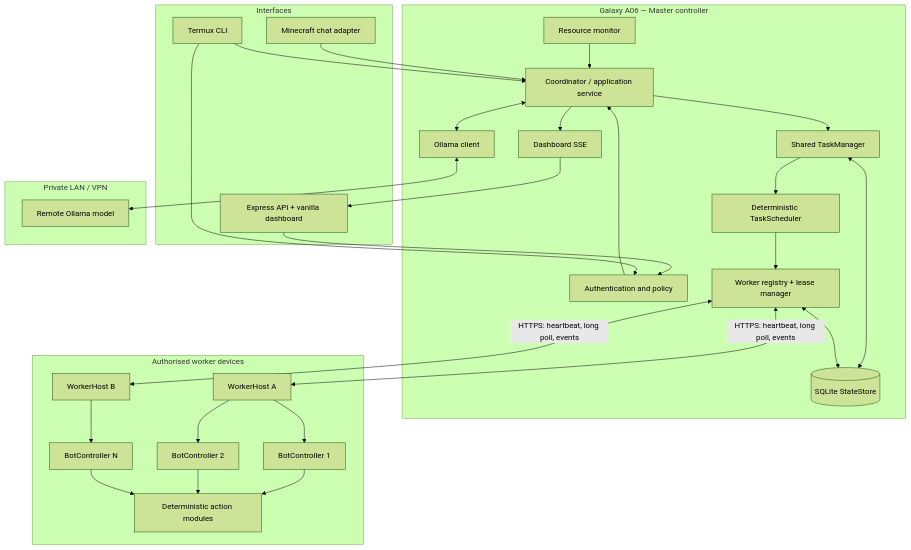
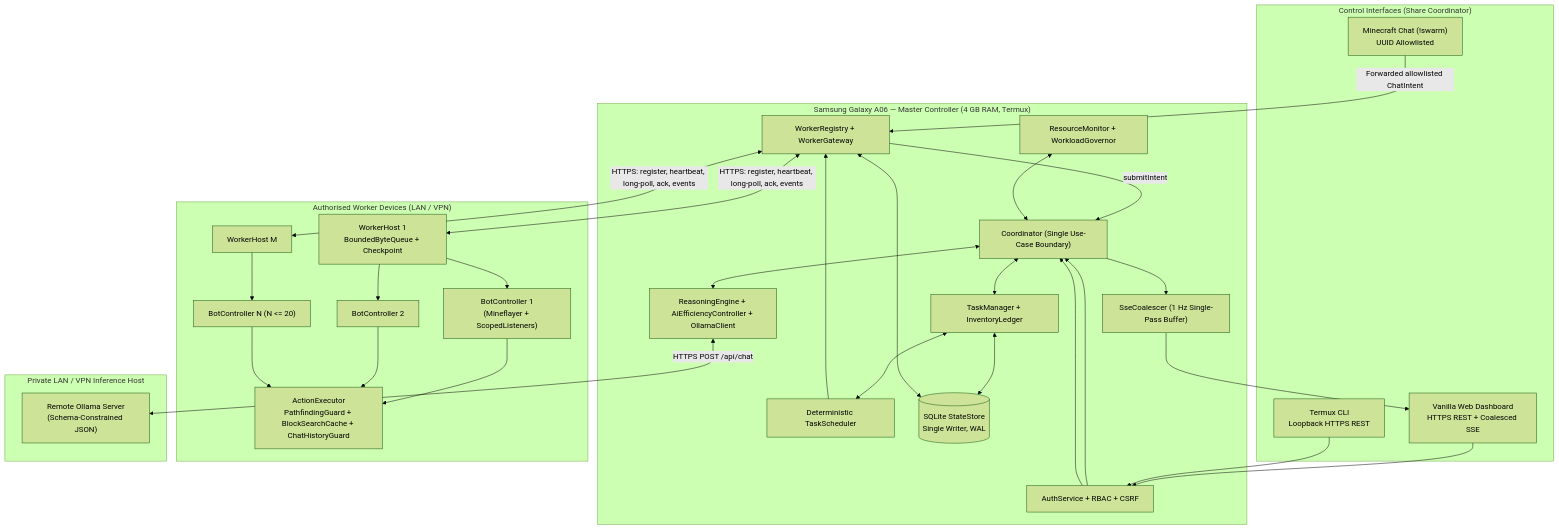
One commit to fallendrake0-droid/NEXUS-20 changed the first of 2 diagrams in docs/spec/ARCHITECTURE.md. Above: the diagram before and after it, drawn with Mermaid (forest theme). The commit also changed other lines of this file and 9 other files, not shown here.

```diff
--- a/docs/spec/ARCHITECTURE.md
+++ b/docs/spec/ARCHITECTURE.md
@@ -10,54 +23,57 @@
 ~~~mermaid
 flowchart TB
-  subgraph Interfaces
-    CHAT[Minecraft chat adapter]
-    WEB[Express API + vanilla dashboard]
-    CLI[Termux CLI]
+  subgraph Ingress["Control Interfaces (Share Coordinator)"]
+    CHAT["Minecraft Chat (!swarm)<br/>UUID Allowlisted"]
+    WEB["Vanilla Web Dashboard<br/>HTTPS REST + Coalesced SSE"]
+    CLI["Termux CLI<br/>Loopback HTTPS REST"]
   end
 
-  subgraph PHONE[Galaxy A06 — Master controller]
-    AUTH[Authentication and policy]
-    COORD[Coordinator / application service]
-    TASK[Shared TaskManager]
-    SCHED[Deterministic TaskScheduler]
-    REG[Worker registry + lease manager]
-    STORE[(SQLite StateStore)]
-    MON[Resource monitor]
-    SSE[Dashboard SSE]
-    OCLIENT[Ollama client]
+  subgraph Phone["Samsung Galaxy A06 — Master Controller (4 GB RAM, Termux)"]
+    AUTH["AuthService + RBAC + CSRF"]
+    COORD["Coordinator (Single Use-Case Boundary)"]
+    GOV["ResourceMonitor + WorkloadGovernor"]
+    AI["ReasoningEngine + AiEfficiencyController + OllamaClient"]
+    TM["TaskManager + InventoryLedger"]
+    SCHED["Deterministic TaskScheduler"]
+    WG["WorkerRegistry + WorkerGateway"]
+    SSE["SseCoalescer (1 Hz Single-Pass Buffer)"]
+    DB[("SQLite StateStore<br/>Single Writer, WAL")]
   end
 
-  subgraph WORKERS[Authorised worker devices]
-    W1[WorkerHost A]
-    W2[WorkerHost B]
-    BC1[BotController 1]
-    BC2[BotController 2]
-    BC3[BotController N]
-    EXEC[Deterministic action modules]
+  subgraph Workers["Authorised Worker Devices (LAN / VPN)"]
+    WH1["WorkerHost 1<br/>BoundedByteQueue + Checkpoint"]
+    WH2["WorkerHost M"]
+    BC1["BotController 1<br/>(Mineflayer + ScopedListeners)"]
+    BC2["BotController 2"]
+    BCN["BotController N (N <= 20)"]
+    ACT["ActionExecutor<br/>PathfindingGuard + BlockSearchCache + ChatHistoryGuard"]
   end
 
-  subgraph AI[Private LAN / VPN]
-    OLLAMA[Remote Ollama model]
+  subgraph RemoteAI["Private LAN / VPN Inference Host"]
+    OLLAMA["Remote Ollama Server<br/>(Schema-Constrained JSON)"]
   end
 
-  CHAT --> COORD
+  CHAT -->|Forwarded allowlisted ChatIntent| WG
+  WG -->|submitIntent| COORD
   WEB --> AUTH --> COORD
-  CLI --> AUTH
-  CLI --> COORD
-  COORD --> TASK
-  TASK --> SCHED
-  SCHED --> REG
-  TASK <--> STORE
-  REG <--> STORE
-  MON --> COORD
+  CLI --> AUTH --> COORD
+
+  GOV <--> COORD
+  COORD <--> AI
+  AI <-->|HTTPS POST /api/chat| OLLAMA
+  COORD <--> TM
+  TM <--> SCHED
+  TM <--> DB
+  WG <--> DB
+  SCHED --> WG
   COORD --> SSE --> WEB
-  COORD <--> OCLIENT <--> OLLAMA
-  REG <-->|HTTPS: heartbeat, long poll, events| W1
-  REG <-->|HTTPS: heartbeat, long poll, events| W2
-  W1 --> BC1
-  W1 --> BC2
-  W2 --> BC3
-  BC1 --> EXEC
-  BC2 --> EXEC
-  BC3 --> EXEC
+
+  WG <-->|HTTPS: register, heartbeat, long-poll, ack, events| WH1
+  WG <-->|HTTPS: register, heartbeat, long-poll, ack, events| WH2
+  WH1 --> BC1
+  WH1 --> BC2
+  WH2 --> BCN
+  BC1 --> ACT
+  BC2 --> ACT
+  BCN --> ACT
 ~~~
```
